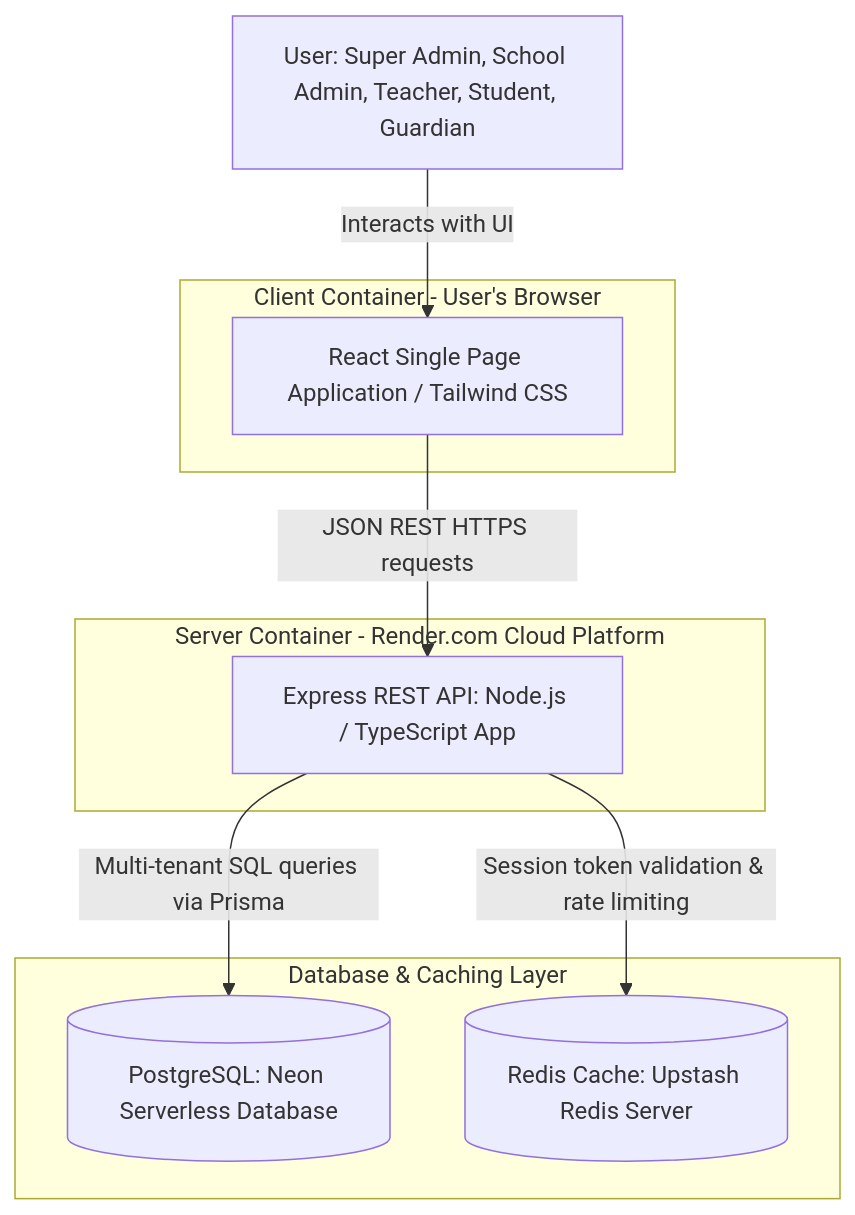
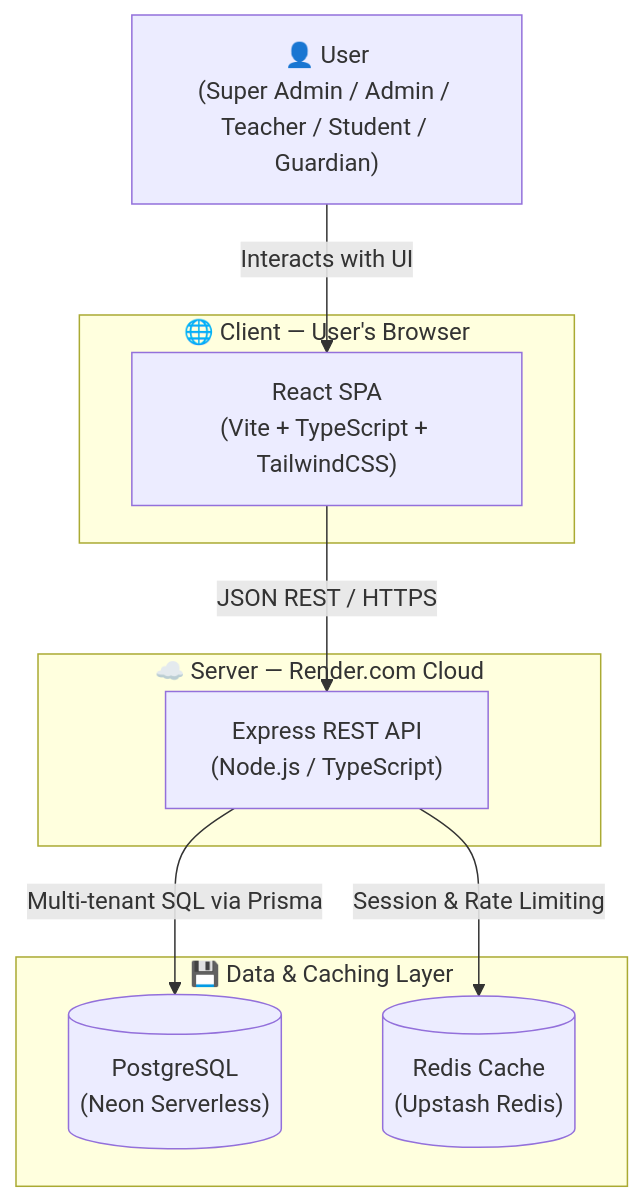
The first of 12 diagrams in README.md (RafatAiub/PeopleIT-SMS-student-management-system-), drawn with Mermaid before and after one commit. The commit also changed other lines of this file, not shown here.

Commit message:
docs: complete README rewrite with full 31-model ERD, API overview, role matrix, and project explanation

````diff
--- a/README.md
+++ b/README.md
@@ -16,22 +28,22 @@
 ```mermaid
 flowchart TB
-    user[User: Super Admin, School Admin, Teacher, Student, Guardian]
-    
-    subgraph ClientContainer [Client Container - User's Browser]
-        spa[React Single Page Application / Tailwind CSS]
+    user["👤 User\n(Super Admin / Admin / Teacher / Student / Guardian)"]
+
+    subgraph ClientContainer ["🌐 Client — User's Browser"]
+        spa["React SPA\n(Vite + TypeScript + TailwindCSS)"]
     end
-    
-    subgraph ServerContainer [Server Container - Render.com Cloud Platform]
-        api[Express REST API: Node.js / TypeScript App]
+
+    subgraph ServerContainer ["☁️ Server — Render.com Cloud"]
+        api["Express REST API\n(Node.js / TypeScript)"]
     end
-    
-    subgraph DataStorageContainer [Database & Caching Layer]
-        db[(PostgreSQL: Neon Serverless Database)]
-        redis[(Redis Cache: Upstash Redis Server)]
+
+    subgraph DataLayer ["💾 Data & Caching Layer"]
+        db[("PostgreSQL\n(Neon Serverless)")]
+        redis[("Redis Cache\n(Upstash Redis)")]
     end
-    
+
     user -->|Interacts with UI| spa
-    spa -->|JSON REST HTTPS requests| api
-    api -->|Session token validation & rate limiting| redis
-    api -->|Multi-tenant SQL queries via Prisma| db
+    spa -->|JSON REST / HTTPS| api
+    api -->|Session & Rate Limiting| redis
+    api -->|Multi-tenant SQL via Prisma| db
 ```
````
